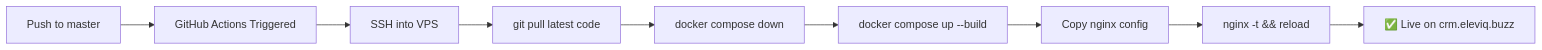
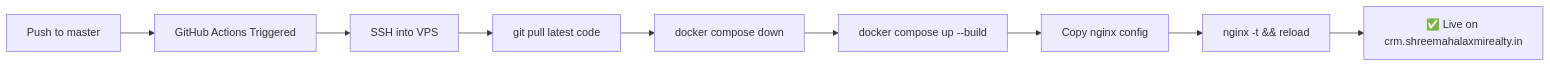
One commit to vaibhavpetkar/CRM changed the diagram in README.md. Above: the diagram before and after it, drawn with Mermaid. The commit also changed other lines of this file and 10 other files, not shown here.

First line of the commit message:
Change CRM domain to crm.shreemahalaxmirealty.in

````diff
--- a/README.md
+++ b/README.md
@@ -247,11 +247,11 @@
 ```mermaid
 graph LR
     A[Push to master] --> B[GitHub Actions Triggered]
     B --> C[SSH into VPS]
     C --> D[git pull latest code]
     D --> E[docker compose down]
     E --> F[docker compose up --build]
     F --> G[Copy nginx config]
     G --> H[nginx -t && reload]
-    H --> I[✅ Live on crm.eleviq.buzz]
+    H --> I[✅ Live on crm.shreemahalaxmirealty.in]
 ```
````
